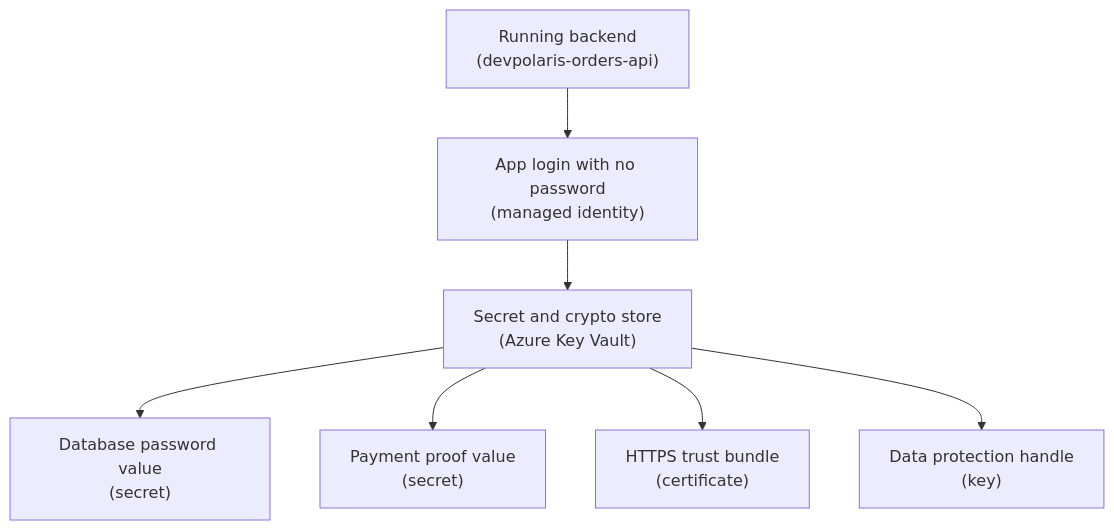
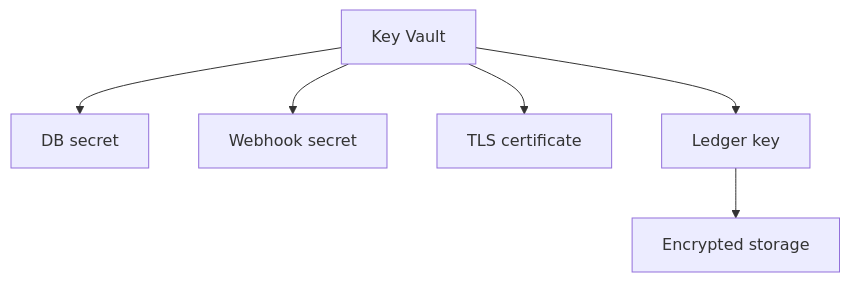
Before and after one commit to senlinyy/dev-roadmaps: the second of 2 diagrams in cloud-providers/azure/identity-security/key-vault-secrets-and-encryption-basics.md, drawn with Mermaid. The commit also changed other lines of this file and 141 other files, not shown here.

````diff
--- a/cloud-providers/azure/identity-security/key-vault-secrets-and-encryption-basics.md
+++ b/cloud-providers/azure/identity-security/key-vault-secrets-and-encryption-basics.md
@@ -104,17 +50,8 @@
 ```mermaid
 flowchart TD
-    APP["Running backend<br/>(devpolaris-orders-api)"]
-    IDENTITY["App login with no password<br/>(managed identity)"]
-    VAULT["Secret and crypto store<br/>(Azure Key Vault)"]
-    DBSECRET["Database password value<br/>(secret)"]
-    WEBHOOK["Payment proof value<br/>(secret)"]
-    CERT["HTTPS trust bundle<br/>(certificate)"]
-    KEY["Data protection handle<br/>(key)"]
-
-    APP --> IDENTITY
-    IDENTITY --> VAULT
-    VAULT --> DBSECRET
-    VAULT --> WEBHOOK
-    VAULT --> CERT
-    VAULT --> KEY
+    VAULT["Key Vault"] --> DB["DB secret"]
+    VAULT --> WEBHOOK["Webhook secret"]
+    VAULT --> CERT["TLS certificate"]
+    VAULT --> KEY["Ledger key"]
+    KEY --> SERVICE["Encrypted storage"]
 ```
````
